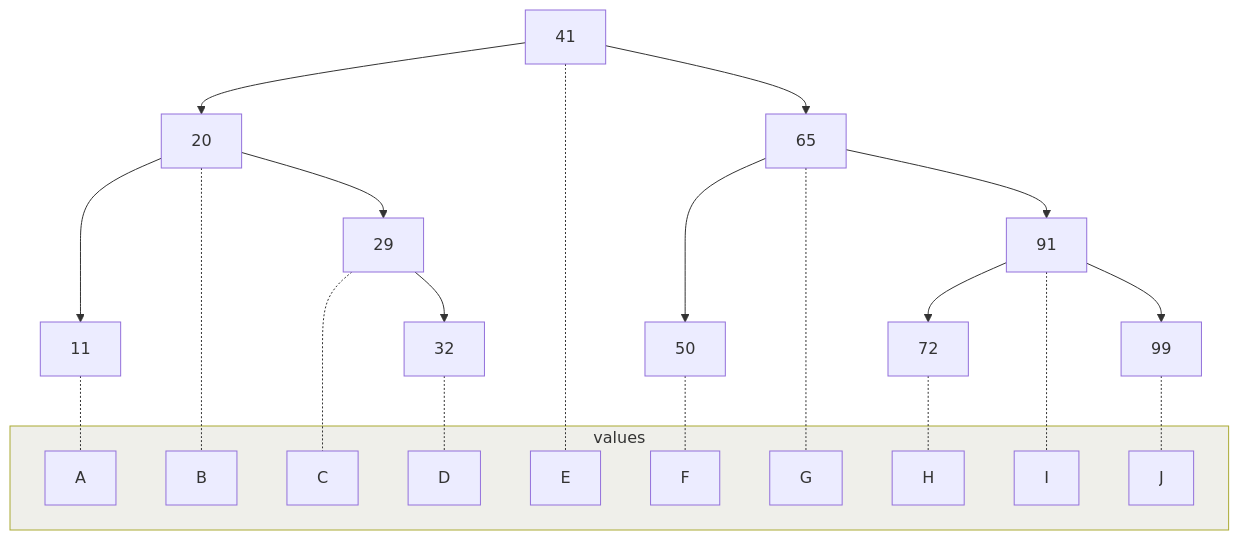
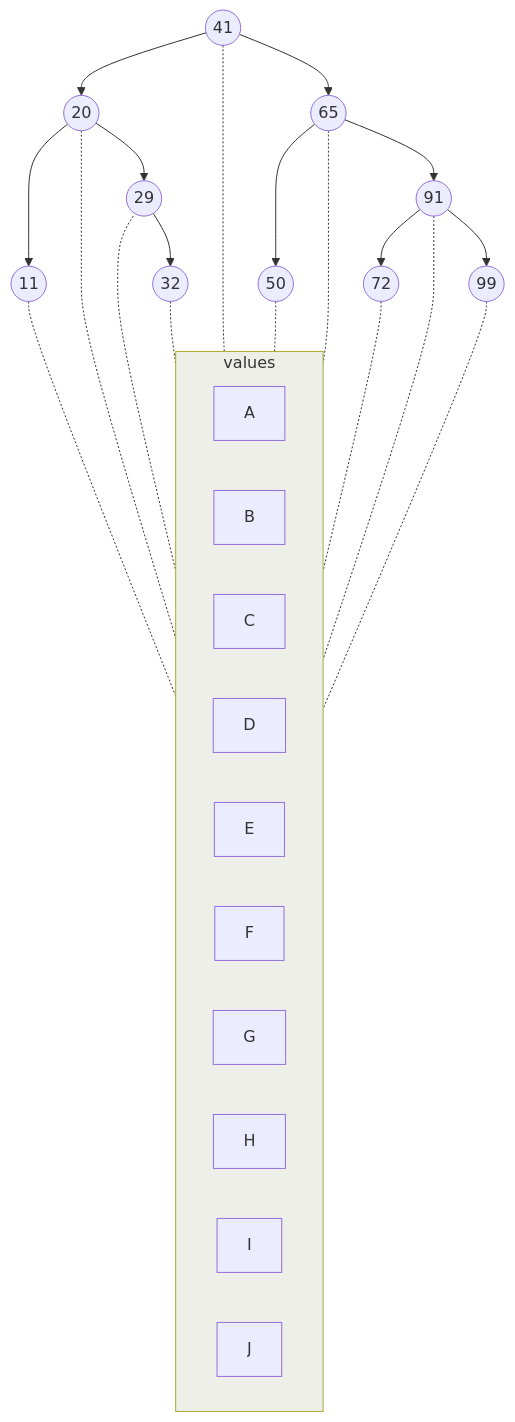
One commit to jindraivanek/talks changed the fifth of 6 diagrams in 2024-devtalks-data-structures/slides.md. Above: the diagram before and after it, drawn with Mermaid. The commit also changed other lines of this file, not shown here.

Commit message:
lzgit - 2024-10-15T09:41:06.212Z

````diff
--- a/2024-devtalks-data-structures/slides.md
+++ b/2024-devtalks-data-structures/slides.md
@@ -324,47 +324,48 @@
 ```mermaid
 graph TD
 classDef cluster fill:#efefea
-41["41"]
-20["20"]
-11["11"]
-29["29"]
-32["32"]
-65["65"]
-50["50"]
-91["91"]
-72["72"]
-99["99"]
+41(("41"))
+20(("20"))
+11(("11"))
+29(("29"))
+32(("32"))
+65(("65"))
+50(("50"))
+91(("91"))
+72(("72"))
+99(("99"))
 
 41 --> 20
 41 --> 65
 20 --> 11
 20 --> 29
 29 --> 32
 65 --> 50
 65 --> 91
 91 --> 72
 91 --> 99
 subgraph values
+direction LR
 A
 B
 C
 D
 E
 F
 G
 H
 I
 J
 end
 
 11 -.- A
 20 -.- B
 29 -.- C
 32 -.- D
 41 -.- E
 50 -.- F
 65 -.- G
 72 -.- H
 91 -.- I
 99 -.- J
 ```
````
